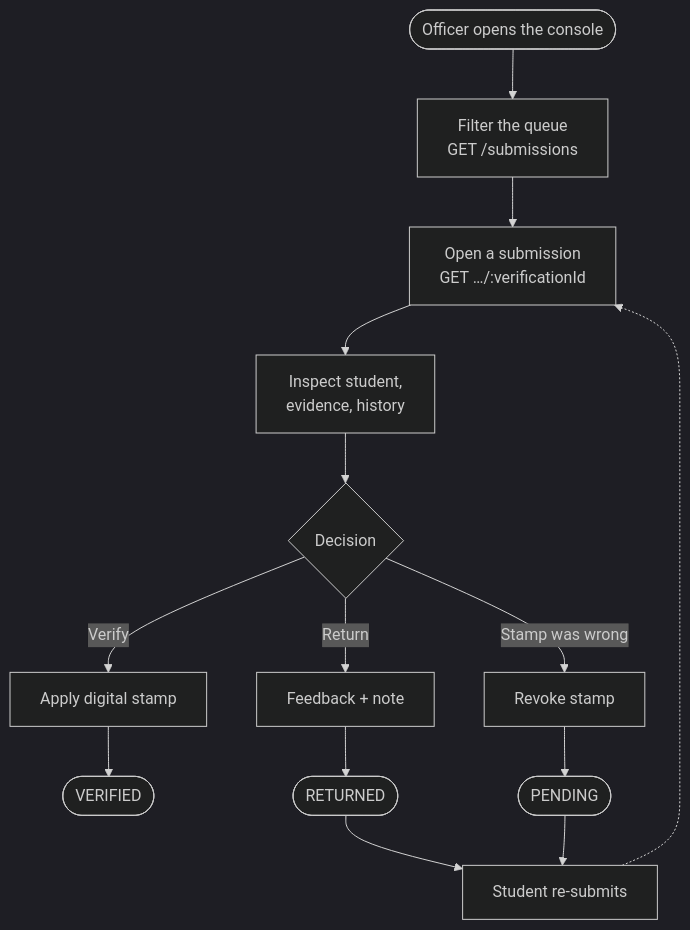
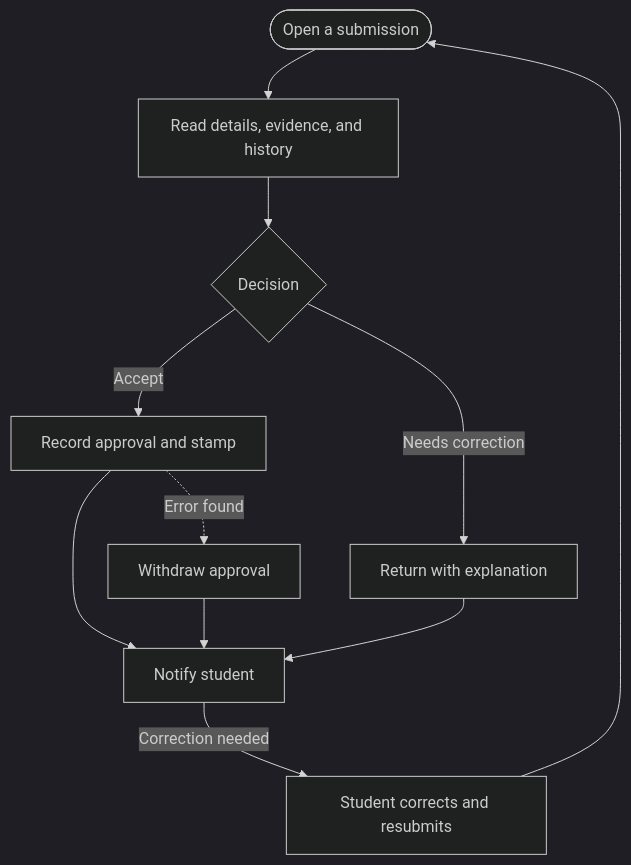
The second of 9 diagrams in docs/paper/FINAL_PAPER.md (Drakaniia/erpsys), drawn with Mermaid (dark theme) before and after one commit. The commit also changed other lines of this file and 41 other files, not shown here.

````diff
--- a/docs/paper/FINAL_PAPER.md
+++ b/docs/paper/FINAL_PAPER.md
@@ -710,16 +562,13 @@
 ```mermaid
 flowchart TD
-  O(["Officer opens the console"]) --> L["Filter the queue<br/>GET /submissions"]
-  L --> D["Open a submission<br/>GET …/:verificationId"]
-  D --> INS["Inspect student,<br/>evidence, history"]
-  INS --> DEC{"Decision"}
-  DEC -->|"Verify"| STAMP["Apply digital stamp"]
-  DEC -->|"Return"| RET["Feedback + note"]
-  DEC -->|"Stamp was wrong"| REV["Revoke stamp"]
-  STAMP --> SV(["VERIFIED"])
-  RET --> RV(["RETURNED"])
-  REV --> PV(["PENDING"])
-  RV --> RESUB["Student re-submits"]
-  PV --> RESUB
-  RESUB -.-> D
+  OPEN(["Open a submission"]) --> REVIEW["Read details, evidence, and history"]
+  REVIEW --> DECIDE{"Decision"}
+  DECIDE -->|"Accept"| APPROVE["Record approval and stamp"]
+  DECIDE -->|"Needs correction"| RETURN["Return with explanation"]
+  APPROVE --> NOTICE["Notify student"]
+  RETURN --> NOTICE
+  APPROVE -.->|"Error found"| WITHDRAW["Withdraw approval"]
+  WITHDRAW --> NOTICE
+  NOTICE -->|"Correction needed"| RESUBMIT["Student corrects and resubmits"]
+  RESUBMIT --> OPEN
 ```
````
